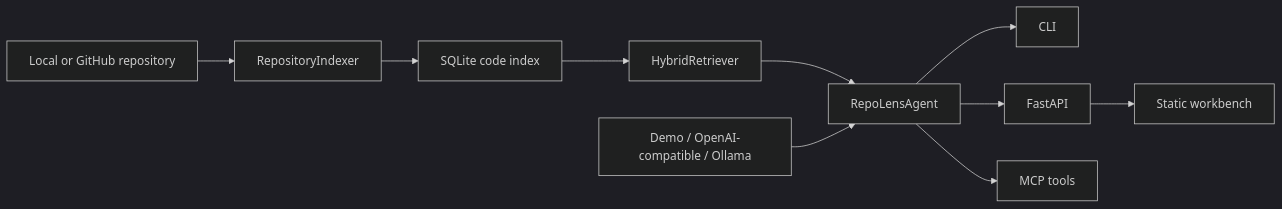
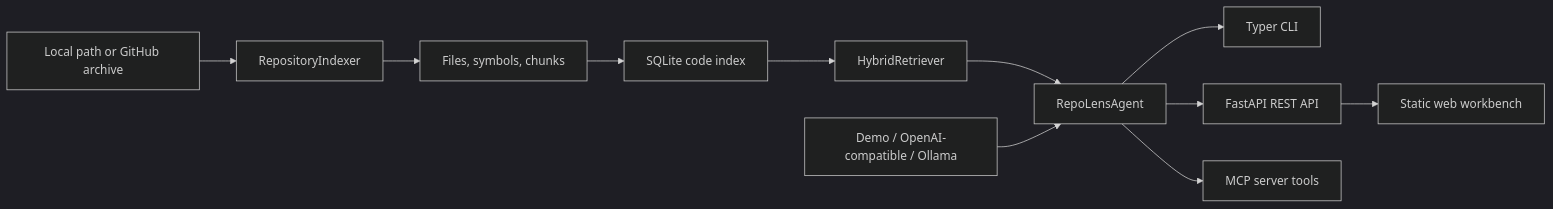
One commit to ZiruiWang2021/repo-lens-ai changed the diagram in README.md. Above: the diagram before and after it, drawn with Mermaid (dark theme). The commit also changed other lines of this file and 6 other files, not shown here.

````diff
--- a/README.md
+++ b/README.md
@@ -19,12 +34,13 @@
 ```mermaid
 flowchart LR
-  Repo["Local or GitHub repository"] --> Indexer["RepositoryIndexer"]
-  Indexer --> SQLite["SQLite code index"]
+  Repo["Local path or GitHub archive"] --> Indexer["RepositoryIndexer"]
+  Indexer --> Chunks["Files, symbols, chunks"]
+  Chunks --> SQLite["SQLite code index"]
   SQLite --> Retriever["HybridRetriever"]
   Retriever --> Agent["RepoLensAgent"]
   Provider["Demo / OpenAI-compatible / Ollama"] --> Agent
-  Agent --> CLI["CLI"]
-  Agent --> API["FastAPI"]
-  Agent --> MCP["MCP tools"]
-  API --> UI["Static workbench"]
+  Agent --> CLI["Typer CLI"]
+  Agent --> API["FastAPI REST API"]
+  Agent --> MCP["MCP server tools"]
+  API --> UI["Static web workbench"]
 ```
````
